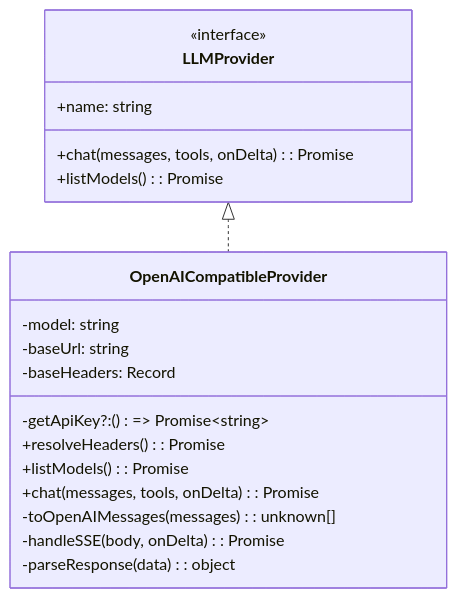
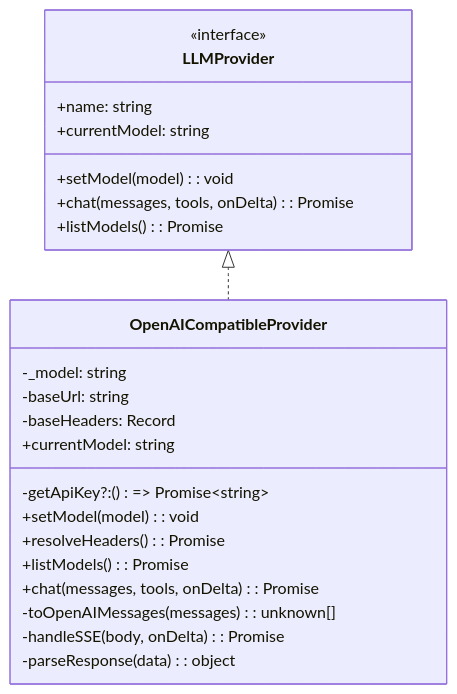
The third of 11 diagrams in docs/HOW_IT_WORKS.md (emdzej/microagent), drawn with Mermaid before and after one commit. The commit also changed other lines of this file and 12 other files, not shown here.

````diff
--- a/docs/HOW_IT_WORKS.md
+++ b/docs/HOW_IT_WORKS.md
@@ -146,24 +148,28 @@
 ```mermaid
 classDiagram
     class LLMProvider {
         <<interface>>
         +name: string
+        +currentModel: string
+        +setModel(model): void
         +chat(messages, tools, onDelta): Promise
         +listModels(): Promise
     }
 
     class OpenAICompatibleProvider {
-        -model: string
+        -_model: string
         -baseUrl: string
         -baseHeaders: Record
         -getApiKey?: () => Promise~string~
+        +currentModel: string
+        +setModel(model): void
         +resolveHeaders(): Promise
         +listModels(): Promise
         +chat(messages, tools, onDelta): Promise
         -toOpenAIMessages(messages): unknown[]
         -handleSSE(body, onDelta): Promise
         -parseResponse(data): object
     }
 
     LLMProvider <|.. OpenAICompatibleProvider
 ```
````
